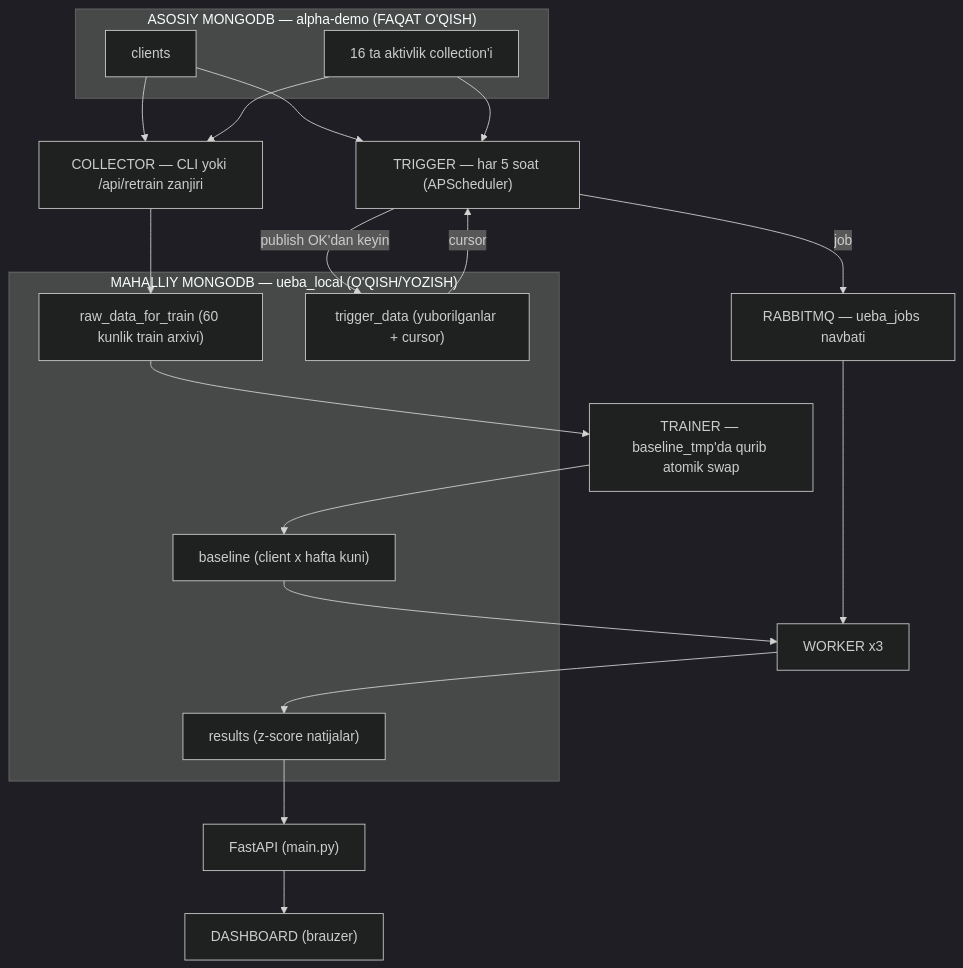
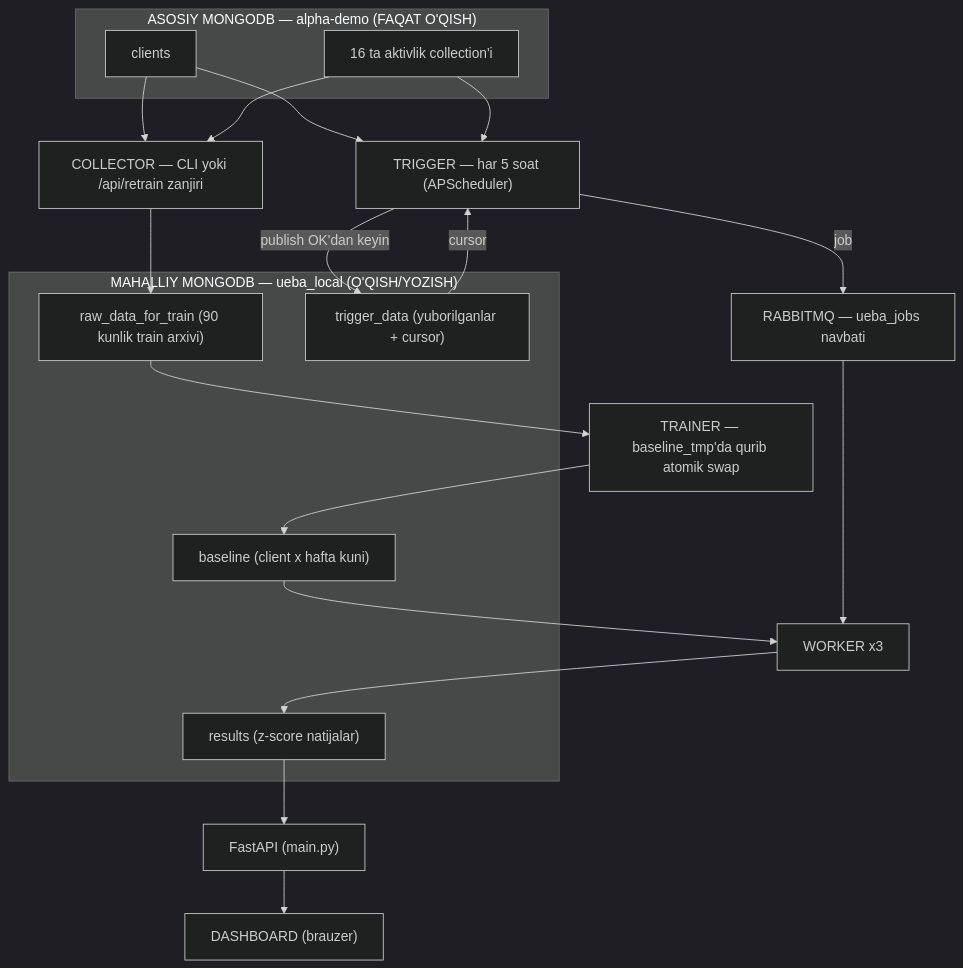
Before and after one commit to Ahmadjon0125/work_hours_for_ueba_project: the diagram in UEBA_PIPELINE_ARCHITECTURE_V2.md, drawn with Mermaid (dark theme). The commit also changed other lines of this file and 6 other files, not shown here.

````diff
--- a/UEBA_PIPELINE_ARCHITECTURE_V2.md
+++ b/UEBA_PIPELINE_ARCHITECTURE_V2.md
@@ -40,38 +40,38 @@
 ```mermaid
 flowchart TD
     subgraph MAIN["ASOSIY MONGODB — alpha-demo (FAQAT O'QISH)"]
         C["clients"]
         E["16 ta aktivlik collection'i"]
     end
 
     subgraph LOCAL["MAHALLIY MONGODB — ueba_local (O'QISH/YOZISH)"]
-        R["raw_data_for_train (60 kunlik train arxivi)"]
+        R["raw_data_for_train (90 kunlik train arxivi)"]
         B["baseline (client x hafta kuni)"]
         T["trigger_data (yuborilganlar + cursor)"]
         S["results (z-score natijalar)"]
     end
 
     COL["COLLECTOR — CLI yoki /api/retrain zanjiri"]
     TRN["TRAINER — baseline_tmp'da qurib atomik swap"]
     TRG["TRIGGER — har 5 soat (APScheduler)"]
     RMQ["RABBITMQ — ueba_jobs navbati"]
     W["WORKER x3"]
     API["FastAPI (main.py)"]
     DASH["DASHBOARD (brauzer)"]
 
     C --> COL
     E --> COL
     COL --> R
     R --> TRN
     TRN --> B
     C --> TRG
     E --> TRG
     T -- "cursor" --> TRG
     TRG -- "job" --> RMQ
     TRG -- "publish OK'dan keyin" --> T
     RMQ --> W
     B --> W
     W --> S
     S --> API
     API --> DASH
 ```
````
